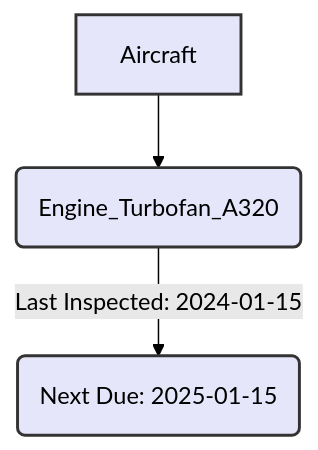
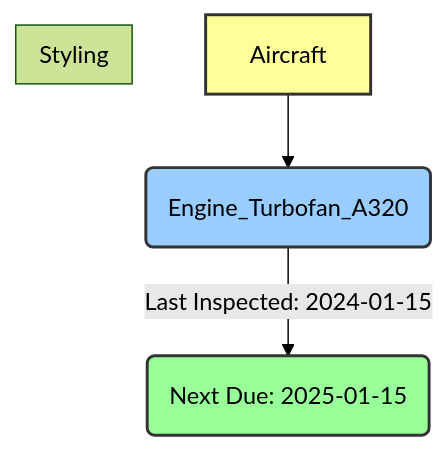
Before and after one commit to ikko/sym: the first of 5 diagrams in docs/3_advanced_tutorial.md, drawn with Mermaid (forest theme). The commit also changed other lines of this file and 6 other files, not shown here.

````diff
--- a/docs/3_advanced_tutorial.md
+++ b/docs/3_advanced_tutorial.md
@@ -56,9 +56,11 @@
 ```mermaid
 graph TD
     A[Aircraft] --> B(Engine_Turbofan_A320)
     B -- "Last Inspected: 2024-01-15" --> C(Next Due: 2025-01-15)
 
-    style A fill:#E6E6FA,stroke:#333,stroke-width:2px,color:#000000
-    style B fill:#E6E6FA,stroke:#333,stroke-width:2px,color:#000000
-    style C fill:#E6E6FA,stroke:#333,stroke-width:2px,color:#000000
+    subgraph "Styling"
+        style A fill:#ff9,stroke:#333,stroke-width:2px
+        style B fill:#9cf,stroke:#333,stroke-width:2px
+        style C fill:#9f9,stroke:#333,stroke-width:2px
+    end
 ```
````
